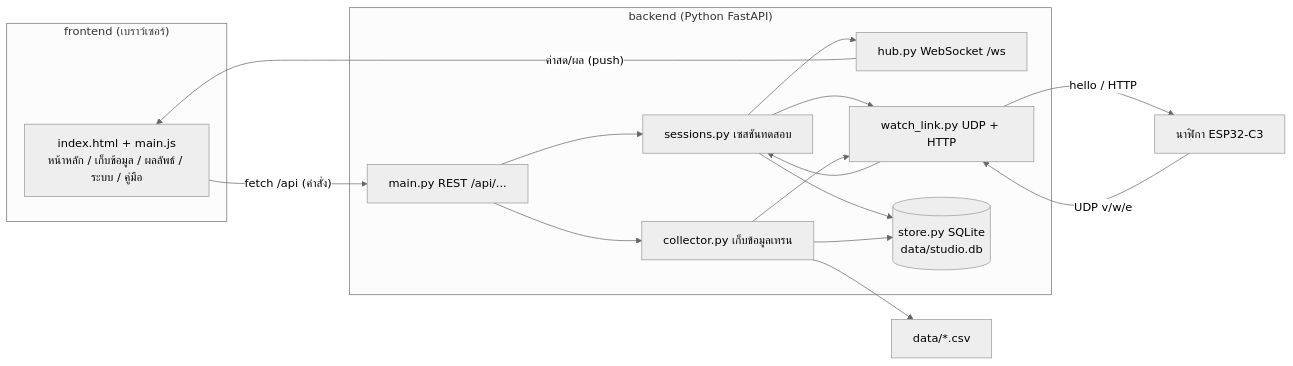
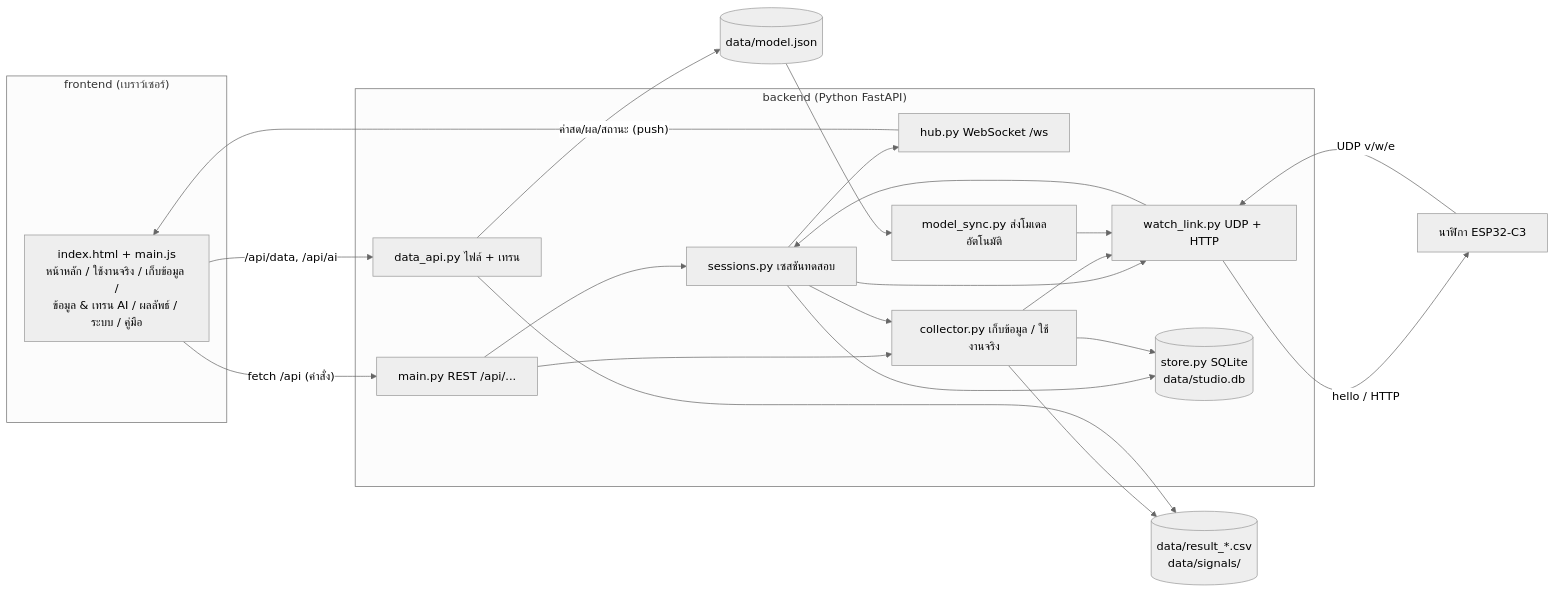
Before and after one commit to Baconkinh/Wireless-Polygraph-2026: the ninth of 14 diagrams in FLOWCHARTS.md, drawn with Mermaid (neutral theme). The commit also changed other lines of this file and 129 other files, not shown here.

````diff
--- a/FLOWCHARTS.md
+++ b/FLOWCHARTS.md
@@ -199,28 +203,36 @@
 ```mermaid
 flowchart LR
   subgraph Browser["frontend (เบราว์เซอร์)"]
-    UI["index.html + main.js<br/>หน้าหลัก / เก็บข้อมูล / ผลลัพธ์ / ระบบ / คู่มือ"]
+    UI["index.html + main.js<br/>หน้าหลัก / ใช้งานจริง / เก็บข้อมูล /<br/>ข้อมูล & เทรน AI / ผลลัพธ์ / ระบบ / คู่มือ"]
   end
   subgraph Backend["backend (Python FastAPI)"]
     API["main.py REST /api/..."]
+    DAPI["data_api.py ไฟล์ + เทรน"]
     HUB["hub.py WebSocket /ws"]
     INT["sessions.py เซสชันทดสอบ"]
-    COL["collector.py เก็บข้อมูลเทรน"]
+    COL["collector.py เก็บข้อมูล / ใช้งานจริง"]
+    SYNC["model_sync.py ส่งโมเดลอัตโนมัติ"]
     LINK["watch_link.py UDP + HTTP"]
     DB[("store.py SQLite<br/>data/studio.db")]
   end
   W["นาฬิกา ESP32-C3"]
   UI -- "fetch /api (คำสั่ง)" --> API
-  HUB -- "ค่าสด/ผล (push)" --> UI
+  UI -- "/api/data, /api/ai" --> DAPI
+  HUB -- "ค่าสด/ผล/สถานะ (push)" --> UI
   API --> INT
   API --> COL
   INT --> LINK
   COL --> LINK
+  SYNC --> LINK
   LINK -- "hello / HTTP" --> W
   W -- "UDP v/w/e" --> LINK
   LINK --> INT
+  INT --> COL
   INT --> HUB
   INT --> DB
   COL --> DB
-  COL --> CSV["data/*.csv"]
+  COL --> CSV[("data/result_*.csv<br/>data/signals/")]
+  DAPI --> CSV
+  DAPI --> M[("data/model.json")]
+  M --> SYNC
 ```
````
